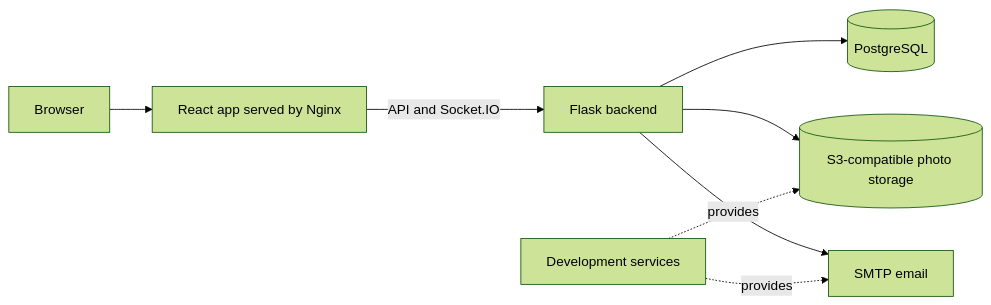
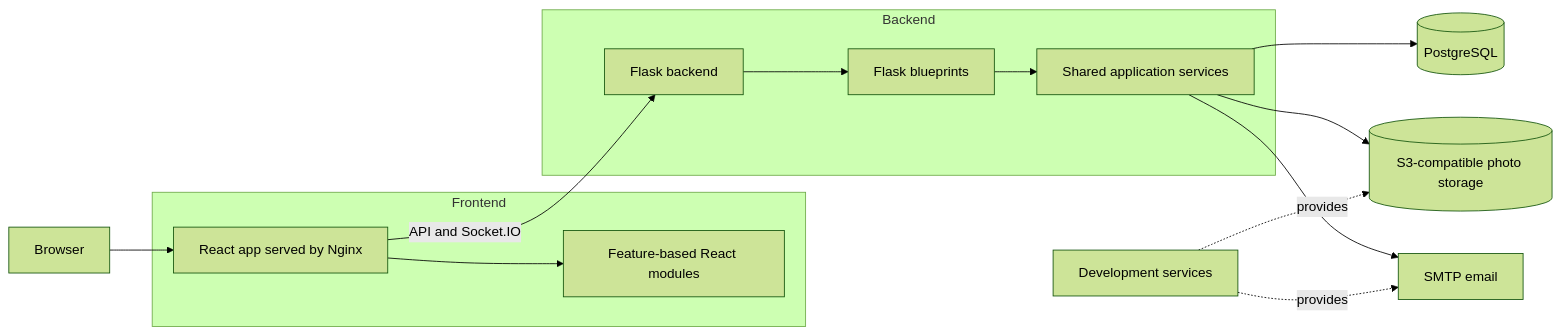
One commit to mtellami/Matcha changed the diagram in README.md. Above: the diagram before and after it, drawn with Mermaid (forest theme). The commit also changed 18 other files, not shown here.

First line of the commit message:
Refactor backend routes and schema (#6)

````diff
--- a/README.md
+++ b/README.md
@@ -20,10 +20,17 @@
 ```mermaid
 flowchart LR
     Person[Browser] --> Web[React app served by Nginx]
     Web -->|API and Socket.IO| API[Flask backend]
-    API --> DB[(PostgreSQL)]
-    API --> Objects[(S3-compatible photo storage)]
-    API --> Mail[SMTP email]
+    subgraph Frontend
+        Web --> Features[Feature-based React modules]
+    end
+    subgraph Backend
+        API --> Routes[Flask blueprints]
+        Routes --> Services[Shared application services]
+    end
+    Services --> DB[(PostgreSQL)]
+    Services --> Objects[(S3-compatible photo storage)]
+    Services --> Mail[SMTP email]
     Local[Development services] -. provides .-> Objects
     Local -. provides .-> Mail
 ```
````
